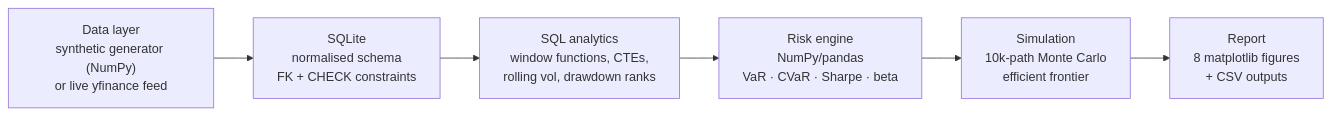
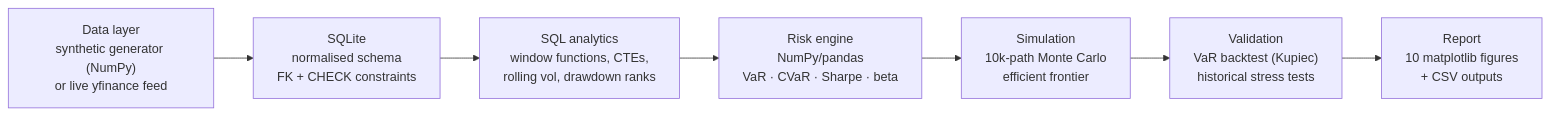
One commit to amanmir100-source/portfolio-risk-analytics changed the diagram in README.md. Above: the diagram before and after it, drawn with Mermaid. The commit also changed other lines of this file and 1 other file, not shown here.

Commit message:
Add backtest and stress results to the README

````diff
--- a/README.md
+++ b/README.md
@@ -16,8 +16,9 @@
 ```mermaid
 flowchart LR
     A["Data layer<br/>synthetic generator (NumPy)<br/>or live yfinance feed"] --> B["SQLite<br/>normalised schema<br/>FK + CHECK constraints"]
     B --> C["SQL analytics<br/>window functions, CTEs,<br/>rolling vol, drawdown ranks"]
     C --> D["Risk engine<br/>NumPy/pandas<br/>VaR · CVaR · Sharpe · beta"]
     D --> E["Simulation<br/>10k-path Monte Carlo<br/>efficient frontier"]
-    E --> F["Report<br/>8 matplotlib figures<br/>+ CSV outputs"]
+    E --> G["Validation<br/>VaR backtest (Kupiec)<br/>historical stress tests"]
+    G --> F["Report<br/>10 matplotlib figures<br/>+ CSV outputs"]
 ```
````
